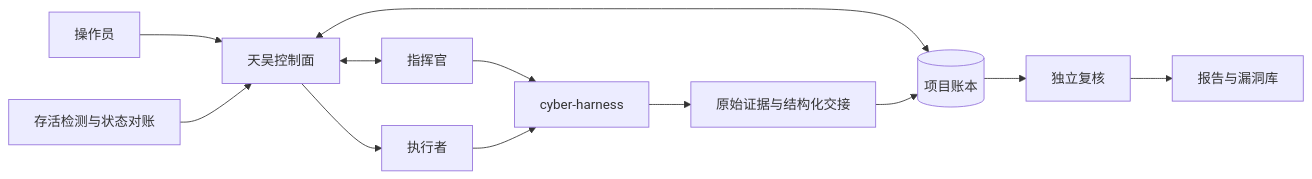
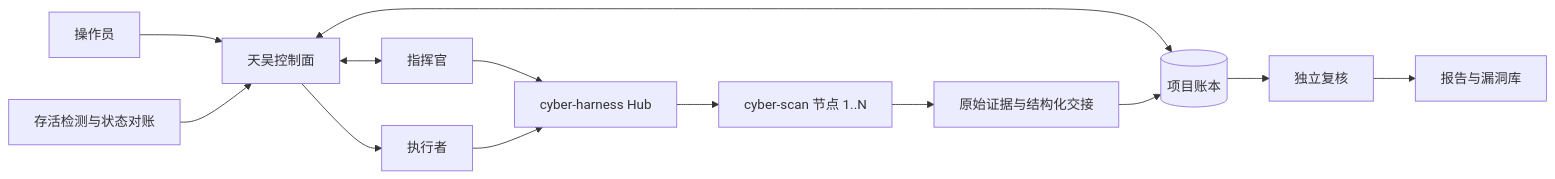
Before and after one commit to c1ayooo/4zrcin: the diagram in README.md, drawn with Mermaid. The commit also changed other lines of this file and 394 other files, not shown here.

Commit message:
feat: complete hub-scan single-node integration

````diff
--- a/README.md
+++ b/README.md
@@ -28,14 +28,15 @@
 ```mermaid
 flowchart LR
     Operator[操作员] --> Control[天吴控制面]
     Control <--> Ledger[(项目账本)]
     Control <--> Commander[指挥官]
     Control --> Executor[执行者]
-    Commander --> Harness[cyber-harness]
+    Commander --> Harness[cyber-harness Hub]
     Executor --> Harness
-    Harness --> Evidence[原始证据与结构化交接]
+    Harness --> Scan[cyber-scan 节点 1..N]
+    Scan --> Evidence[原始证据与结构化交接]
     Evidence --> Ledger
     Ledger --> Review[独立复核]
     Review --> Report[报告与漏洞库]
     Watchdog[存活检测与状态对账] --> Control
 ```
````
